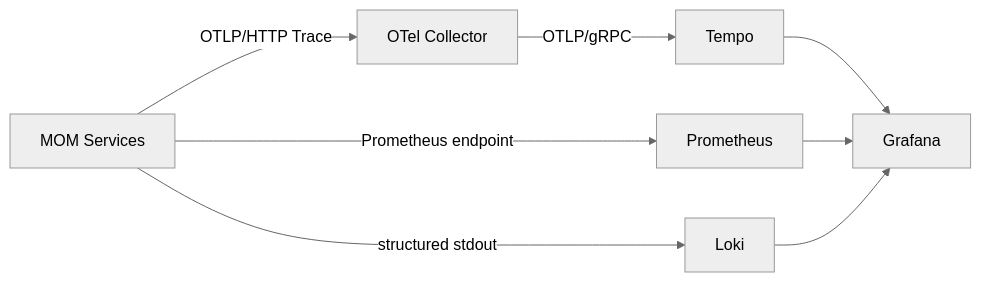
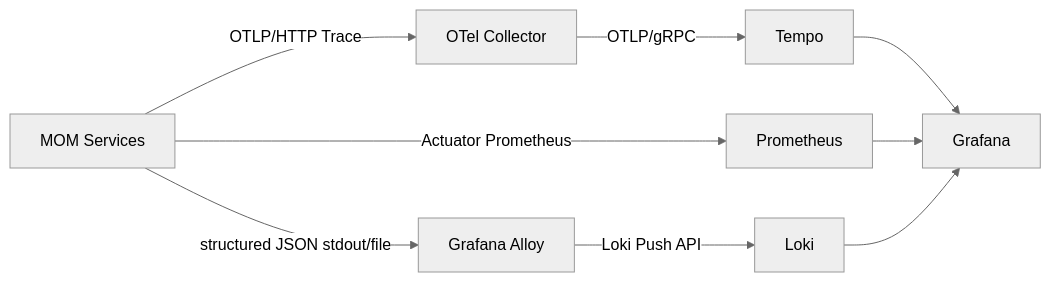
The diagram in docs/architecture/可观测性架构.md (Chris-co-shi/mom-platform), drawn with Mermaid (neutral theme) before and after one commit. The commit also changed other lines of this file, not shown here.

Commit message:
docs(architecture): complete metrics logs and Grafana topology

````diff
--- a/docs/architecture/可观测性架构.md
+++ b/docs/architecture/可观测性架构.md
@@ -22,10 +24,11 @@
 ```mermaid
 flowchart LR
   APP[MOM Services] -->|OTLP/HTTP Trace| COL[OTel Collector]
   COL -->|OTLP/gRPC| TEMPO[Tempo]
-  APP -->|Prometheus endpoint| PROM[Prometheus]
-  APP -->|structured stdout| LOKI[Loki]
+  APP -->|Actuator Prometheus| PROM[Prometheus]
+  APP -->|structured JSON stdout/file| ALLOY[Grafana Alloy]
+  ALLOY -->|Loki Push API| LOKI[Loki]
   TEMPO --> GRAFANA[Grafana]
   PROM --> GRAFANA
   LOKI --> GRAFANA
 ```
````
